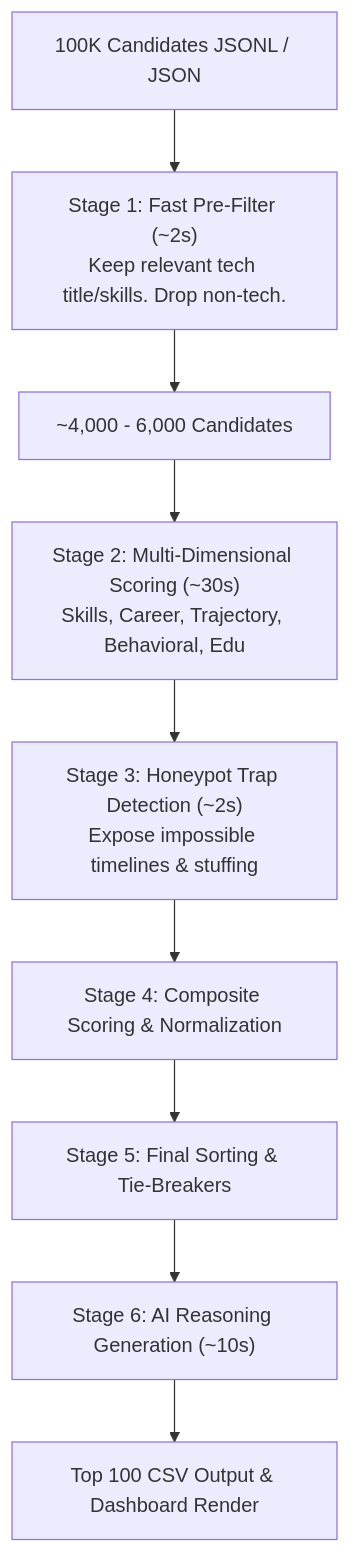
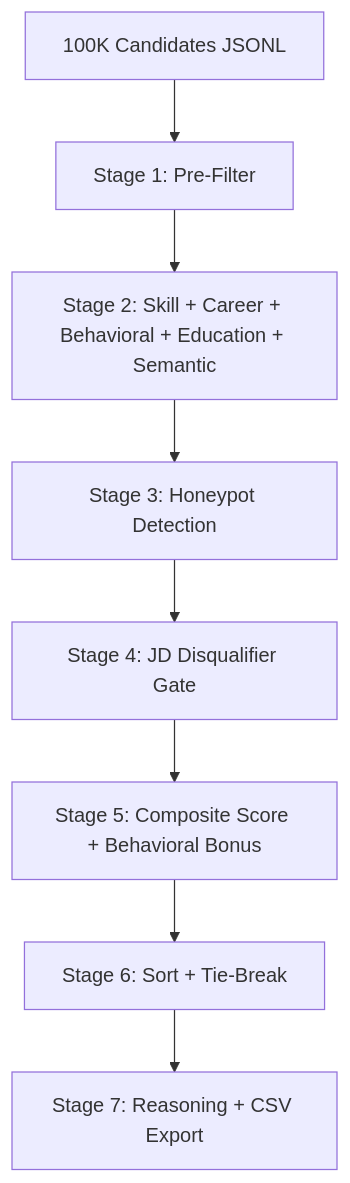
Before and after one commit to eslavthsandeep/AI-Candidate-Ranking-Intelligence: the diagram in README.md, drawn with Mermaid. The commit also changed other lines of this file and 24 other files, not shown here.

Commit message:
feat: implement Kaggle Grandmaster Phase 3 optimizations & validate final output

````diff
--- a/README.md
+++ b/README.md
@@ -11,11 +21,10 @@
 ```mermaid
 graph TD
-    A["100K Candidates JSONL / JSON"] --> B["Stage 1: Fast Pre-Filter (~2s)<br/>Keep relevant tech title/skills. Drop non-tech."]
-    B --> C["~4,000 - 6,000 Candidates"]
-    C --> D["Stage 2: Multi-Dimensional Scoring (~30s)<br/>Skills, Career, Trajectory, Behavioral, Edu"]
-    D --> E["Stage 3: Honeypot Trap Detection (~2s)<br/>Expose impossible timelines & stuffing"]
-    E --> F["Stage 4: Composite Scoring & Normalization"]
-    F --> G["Stage 5: Final Sorting & Tie-Breakers"]
-    G --> H["Stage 6: AI Reasoning Generation (~10s)"]
-    H --> I["Top 100 CSV Output & Dashboard Render"]
+    A["100K Candidates JSONL"] --> B["Stage 1: Pre-Filter"]
+    B --> C["Stage 2: Skill + Career + Behavioral + Education + Semantic"]
+    C --> D["Stage 3: Honeypot Detection"]
+    D --> E["Stage 4: JD Disqualifier Gate"]
+    E --> F["Stage 5: Composite Score + Behavioral Bonus"]
+    F --> G["Stage 6: Sort + Tie-Break"]
+    G --> H["Stage 7: Reasoning + CSV Export"]
 ```
````
